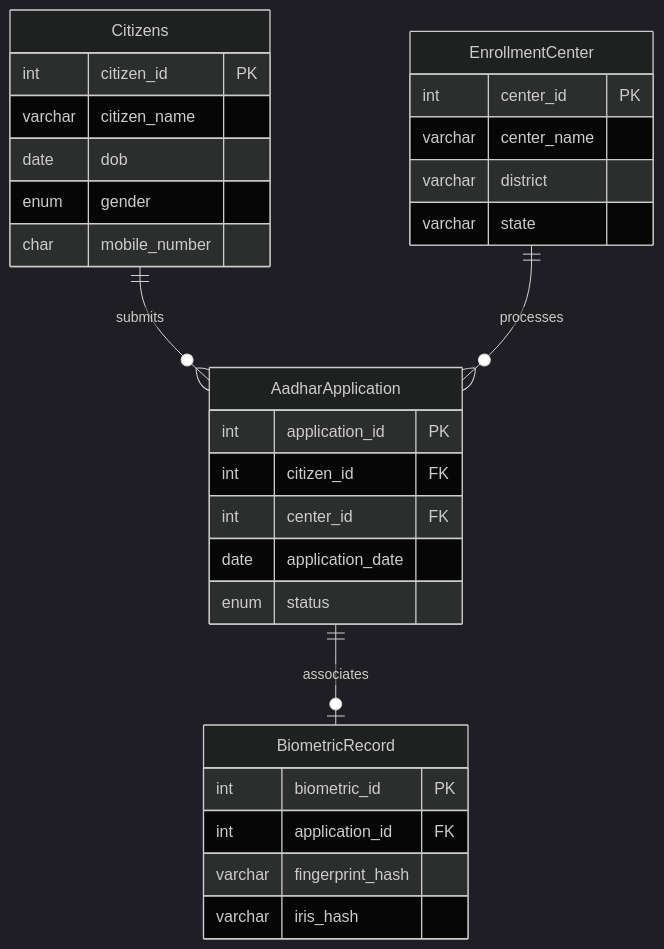
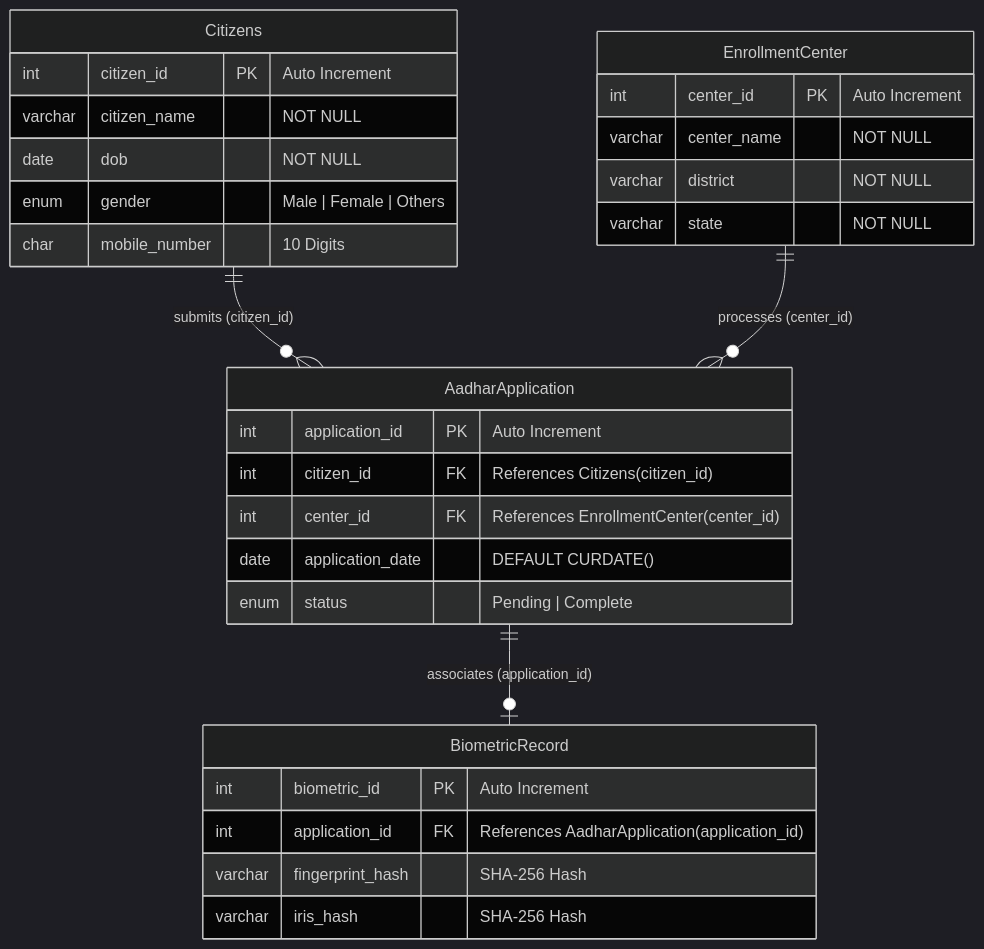
The diagram in README.md (Shubh-938croton/Aadhar_Enrollment_Management_System), drawn with Mermaid (dark theme) before and after one commit. The commit also changed other lines of this file, not shown here.

````diff
--- a/README.md
+++ b/README.md
@@ -102,36 +104,36 @@
 ```mermaid
 erDiagram
-    Citizens ||--o{ AadharApplication : "submits"
-    EnrollmentCenter ||--o{ AadharApplication : "processes"
-    AadharApplication ||--o| BiometricRecord : "associates"
+    Citizens ||--o{ AadharApplication : "submits (citizen_id)"
+    EnrollmentCenter ||--o{ AadharApplication : "processes (center_id)"
+    AadharApplication ||--o| BiometricRecord : "associates (application_id)"
 
     Citizens {
-        int citizen_id PK
-        varchar citizen_name
-        date dob
-        enum gender
-        char mobile_number
+        int citizen_id PK "Auto Increment"
+        varchar citizen_name "NOT NULL"
+        date dob "NOT NULL"
+        enum gender "Male | Female | Others"
+        char mobile_number "10 Digits"
     }
 
     EnrollmentCenter {
-        int center_id PK
-        varchar center_name
-        varchar district
-        varchar state
+        int center_id PK "Auto Increment"
+        varchar center_name "NOT NULL"
+        varchar district "NOT NULL"
+        varchar state "NOT NULL"
     }
 
     AadharApplication {
-        int application_id PK
-        int citizen_id FK
-        int center_id FK
-        date application_date
-        enum status
+        int application_id PK "Auto Increment"
+        int citizen_id FK "References Citizens(citizen_id)"
+        int center_id FK "References EnrollmentCenter(center_id)"
+        date application_date "DEFAULT CURDATE()"
+        enum status "Pending | Complete"
     }
 
     BiometricRecord {
-        int biometric_id PK
-        int application_id FK
-        varchar fingerprint_hash
-        varchar iris_hash
+        int biometric_id PK "Auto Increment"
+        int application_id FK "References AadharApplication(application_id)"
+        varchar fingerprint_hash "SHA-256 Hash"
+        varchar iris_hash "SHA-256 Hash"
     }
 ```
````
